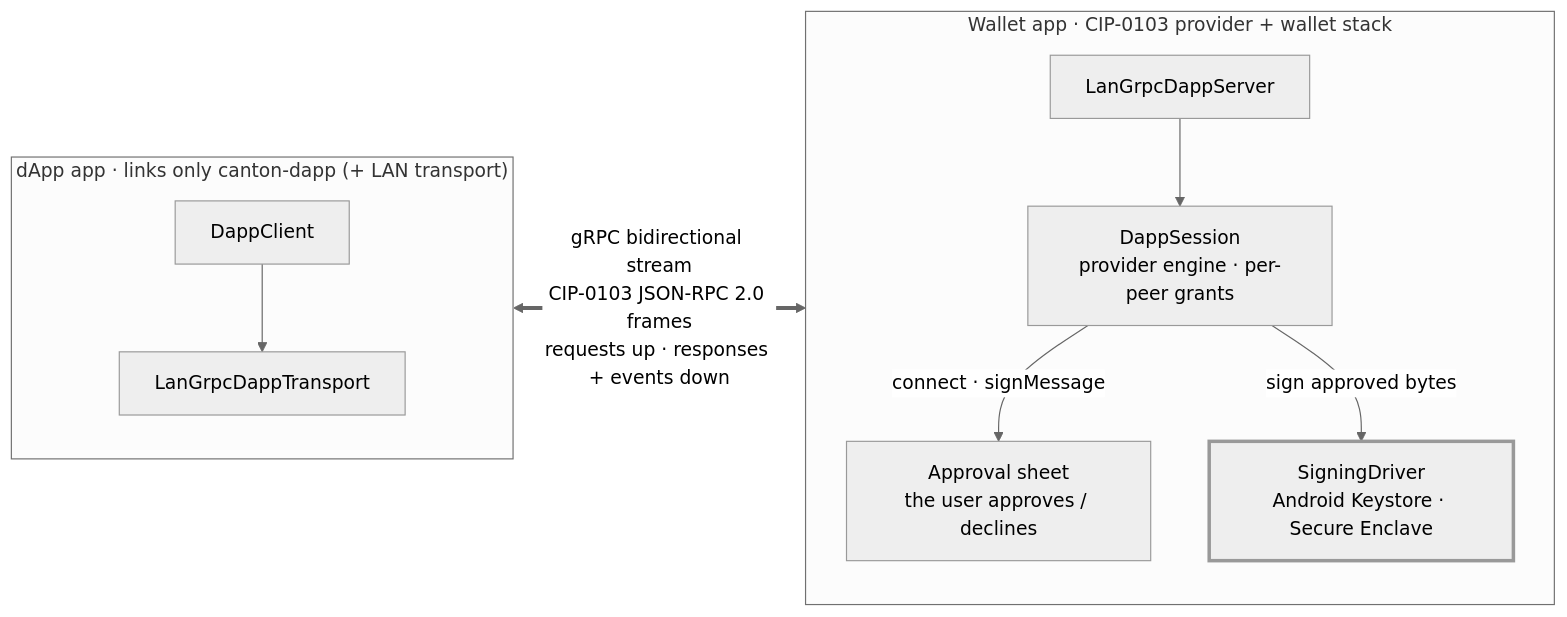
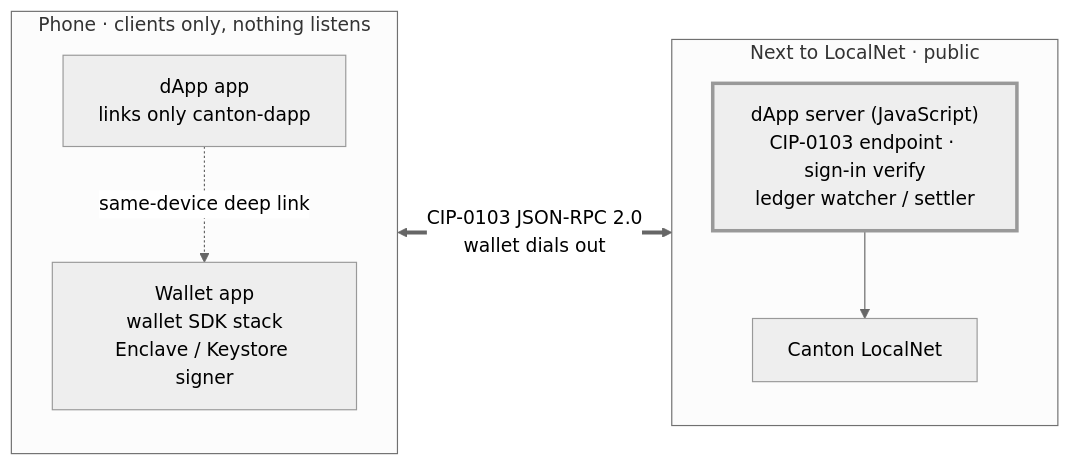
Before and after one commit to vsima/canton-mobile-app: the diagram in README.md, drawn with Mermaid (neutral theme). The commit also changed other lines of this file and 10 other files, not shown here.

````diff
--- a/README.md
+++ b/README.md
@@ -34,24 +34,20 @@
 ```mermaid
 flowchart LR
-    subgraph dapp["dApp app · links only canton-dapp (+ LAN transport)"]
+    subgraph phone["Phone · clients only, nothing listens"]
         direction TB
-        client["DappClient"]
-        ctransport["LanGrpcDappTransport"]
-        client --> ctransport
+        walletapp["Wallet app<br/>wallet SDK stack<br/>Enclave / Keystore signer"]
+        dappapp["dApp app<br/>links only canton-dapp"]
     end
 
-    subgraph wallet["Wallet app · CIP-0103 provider + wallet stack"]
+    subgraph infra["Next to LocalNet · public"]
         direction TB
-        server["LanGrpcDappServer"]
-        session["DappSession<br/>provider engine · per-peer grants"]
-        approval["Approval sheet<br/>the user approves / declines"]
-        signer["SigningDriver<br/>Android Keystore · Secure Enclave"]
-        server --> session
-        session -->|connect · signMessage| approval
-        session -->|sign approved bytes| signer
+        server["dApp server (JavaScript)<br/>CIP-0103 endpoint · sign-in verify<br/>ledger watcher / settler"]
+        ledger["Canton LocalNet"]
+        server --> ledger
     end
 
-    ctransport <==>|"gRPC bidirectional stream<br/>CIP-0103 JSON-RPC 2.0 frames<br/>requests up · responses + events down"| server
+    walletapp <==>|"CIP-0103 JSON-RPC 2.0<br/>wallet dials out"| server
+    dappapp -.->|"same-device deep link"| walletapp
 
-    style signer stroke-width:3px
+    style server stroke-width:3px
 ```
````
